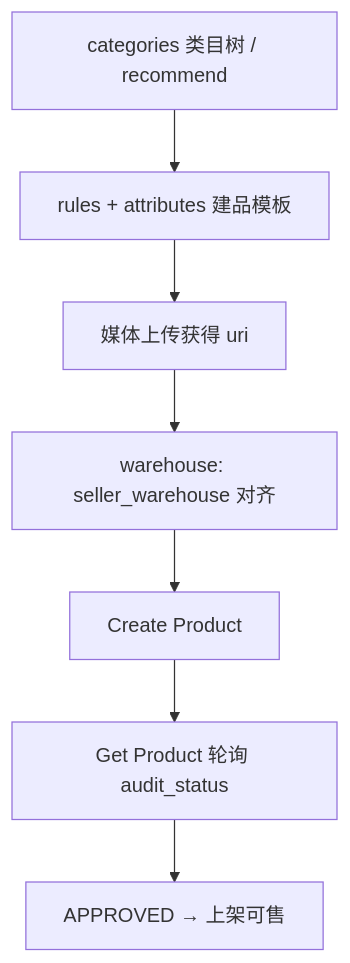
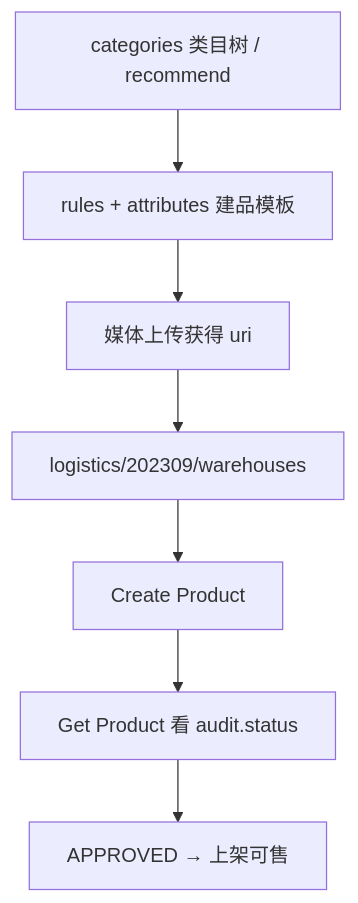
One commit to philliu66/hemu_oversea_fullstack changed the third of 4 diagrams in hemu_oversea_fastapi/tiktok_API.md. Above: the diagram before and after it, drawn with Mermaid. The commit also changed other lines of this file and 25 other files, not shown here.

````diff
--- a/hemu_oversea_fastapi/tiktok_API.md
+++ b/hemu_oversea_fastapi/tiktok_API.md
@@ -604,9 +627,9 @@
 ```mermaid
 flowchart TD
     A["categories 类目树 / recommend"] --> B["rules + attributes 建品模板"]
     B --> C["媒体上传获得 uri"]
-    C --> D["warehouse: seller_warehouse 对齐"]
+    C --> D["logistics/202309/warehouses"]
     D --> E["Create Product"]
-    E --> F["Get Product 轮询 audit_status"]
+    E --> F["Get Product 看 audit.status"]
     F --> G["APPROVED → 上架可售"]
 ```
````
